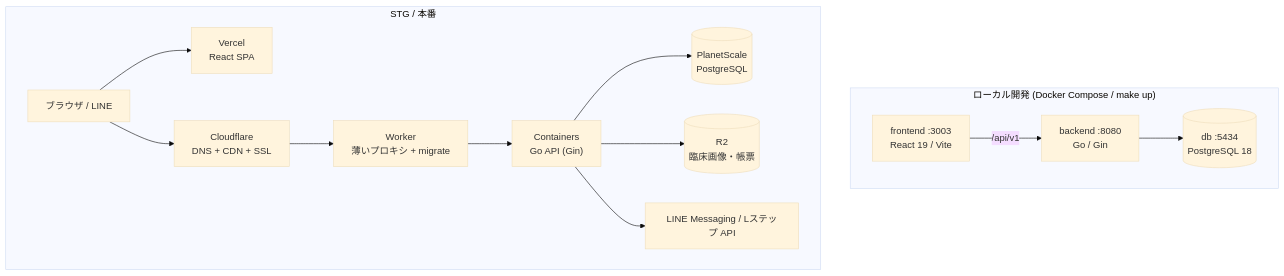
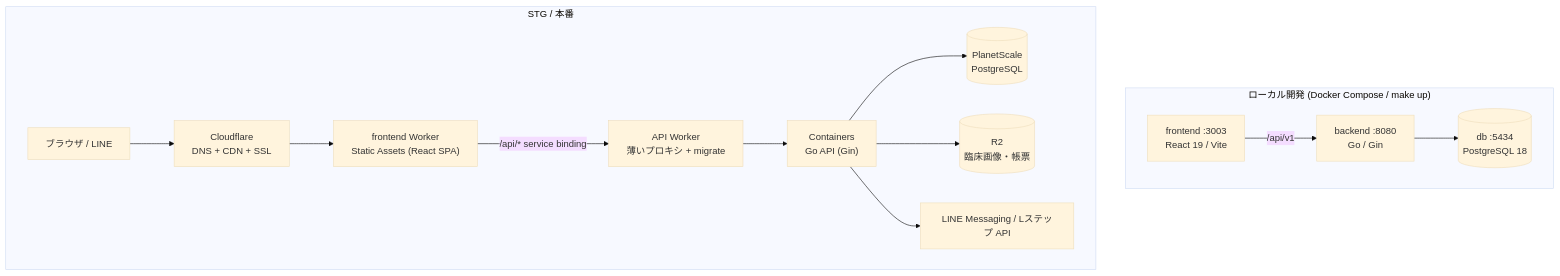
The diagram in README.md (MinoruSoga/AnimalEkarte), drawn with Mermaid (base theme) before and after one commit. The commit also changed other lines of this file and 4 other files, not shown here.

````diff
--- a/README.md
+++ b/README.md
@@ -26,16 +26,16 @@
 ```mermaid
 flowchart TB
     subgraph Local["ローカル開発 (Docker Compose / make up)"]
         L_FE["frontend :3003<br/>React 19 / Vite"] -->|/api/v1| L_BE["backend :8080<br/>Go / Gin"]
         L_BE --> L_DB[("db :5434<br/>PostgreSQL 18")]
     end
     subgraph Cloud["STG / 本番"]
-        User["ブラウザ / LINE"] --> Vercel["Vercel<br/>React SPA"]
-        User --> CF["Cloudflare<br/>DNS + CDN + SSL"]
-        CF --> Worker["Worker<br/>薄いプロキシ + migrate"]
+        User["ブラウザ / LINE"] --> CF["Cloudflare<br/>DNS + CDN + SSL"]
+        CF --> FEW["frontend Worker<br/>Static Assets (React SPA)"]
+        FEW -->|"/api/* service binding"| Worker["API Worker<br/>薄いプロキシ + migrate"]
         Worker --> Container["Containers<br/>Go API (Gin)"]
         Container --> PS[("PlanetScale<br/>PostgreSQL")]
         Container --> R2[("R2<br/>臨床画像・帳票")]
         Container --> LINE["LINE Messaging / Lステップ API"]
     end
 ```
````
